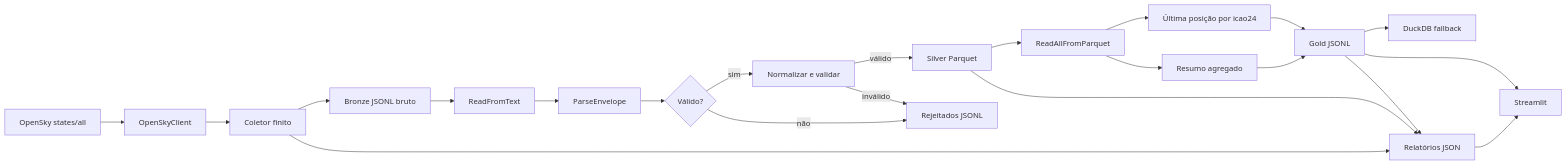
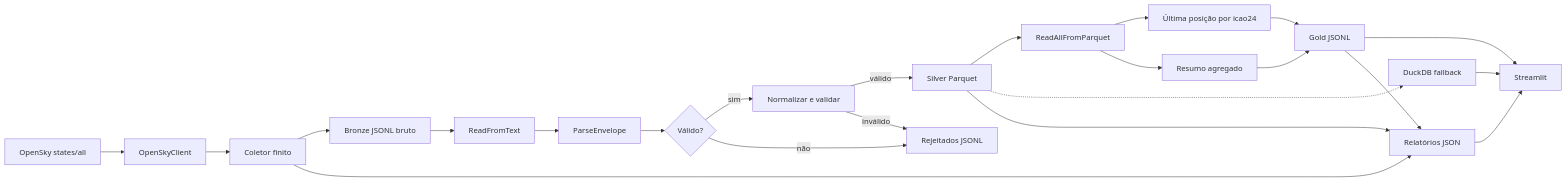
One commit to Lal3x/air-traffic-medallion-pipeline changed the diagram in docs/project_walkthrough.md. Above: the diagram before and after it, drawn with Mermaid. The commit also changed other lines of this file and 15 other files, not shown here.

````diff
--- a/docs/project_walkthrough.md
+++ b/docs/project_walkthrough.md
@@ -7,24 +7,25 @@
 ```mermaid
 flowchart LR
     API[OpenSky states/all] --> Client[OpenSkyClient]
     Client --> Collector[Coletor finito]
     Collector --> Bronze[Bronze JSONL bruto]
     Bronze --> Read[ReadFromText]
     Read --> Parse[ParseEnvelope]
     Parse --> Valid{Válido?}
     Valid -->|sim| Normalize[Normalizar e validar]
     Valid -->|não| Rejected[Rejeitados JSONL]
     Normalize -->|válido| Silver[Silver Parquet]
     Normalize -->|inválido| Rejected
     Silver --> GoldRead[ReadAllFromParquet]
     GoldRead --> Latest[Última posição por icao24]
     GoldRead --> Summary[Resumo agregado]
     Latest --> Gold[Gold JSONL]
     Summary --> Gold
-    Gold --> DuckDB[DuckDB fallback]
+    Silver -.-> DuckDB[DuckDB fallback]
+    DuckDB --> Dashboard
     Gold --> Dashboard[Streamlit]
     Collector --> Reports[Relatórios JSON]
     Silver --> Reports
     Gold --> Reports
     Reports --> Dashboard
 ```
````
